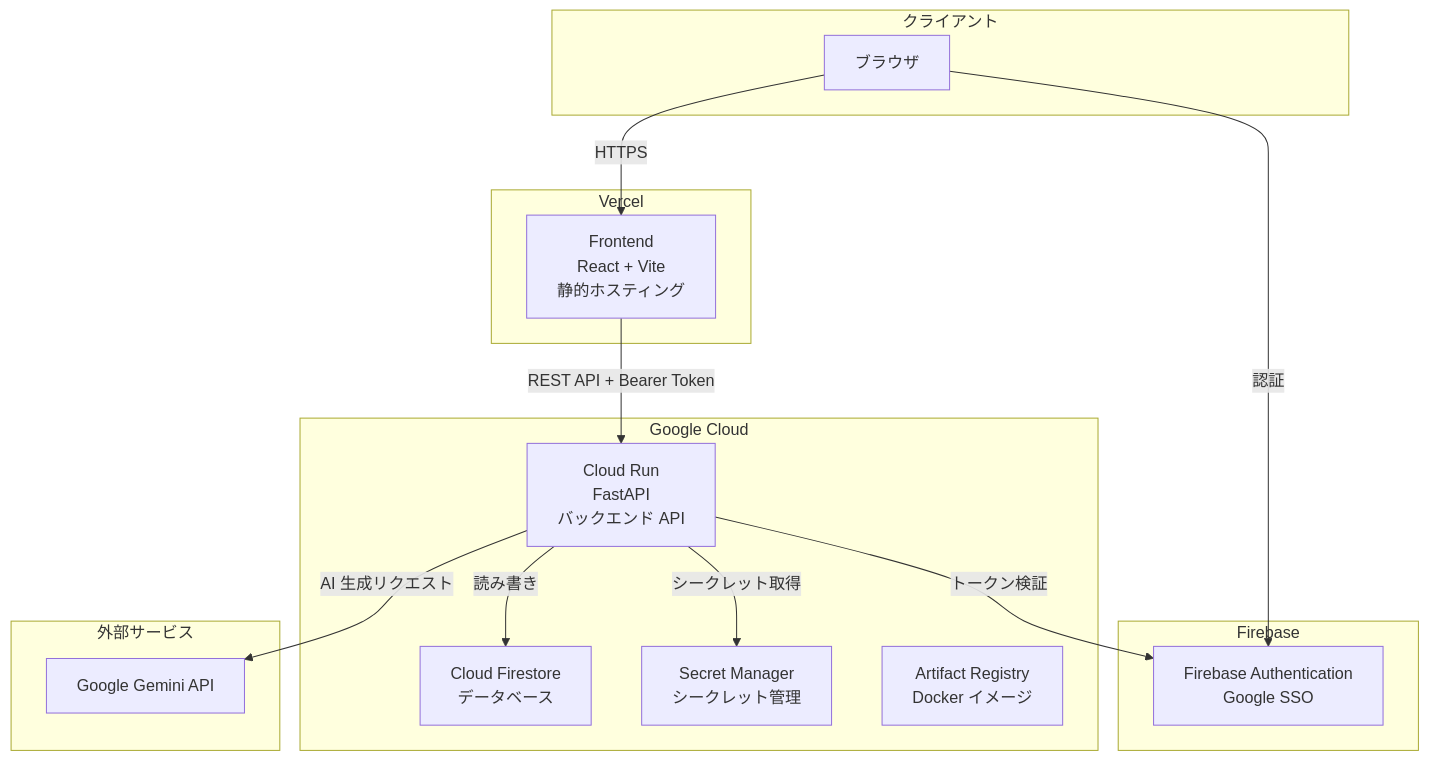
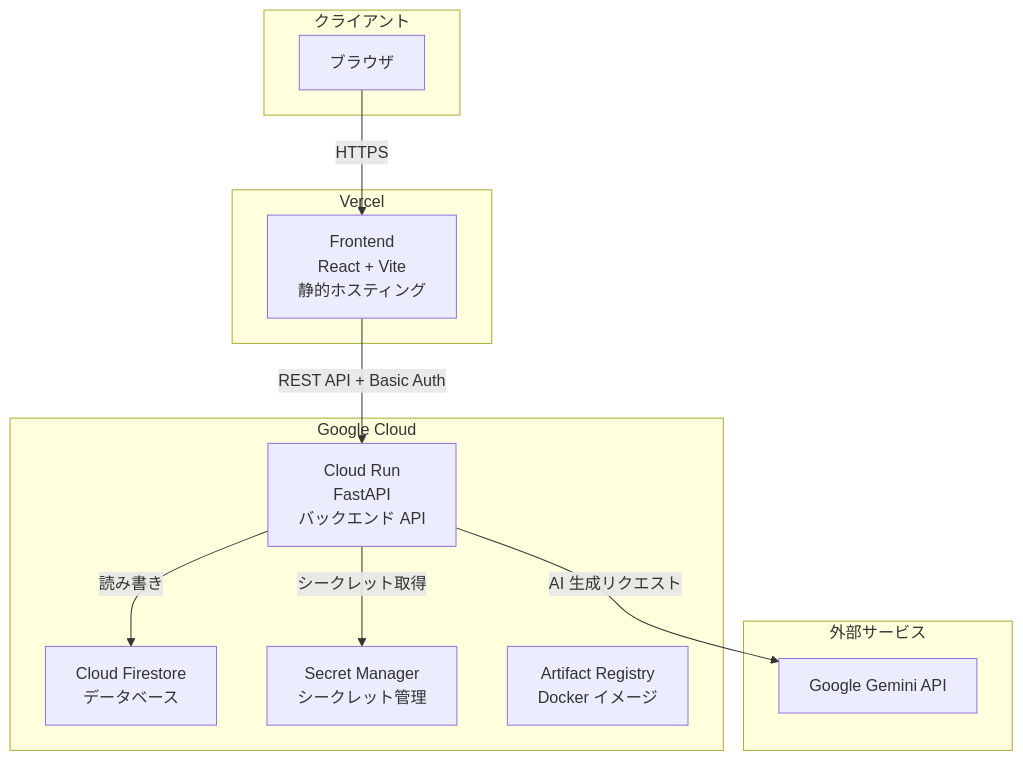
One commit to matsuda-tkm/debug-master changed the first of 5 diagrams in docs-new/architecture.md. Above: the diagram before and after it, drawn with Mermaid. The commit also changed other lines of this file and 6 other files, not shown here.

Commit message:
docs: Update architecture, security, and migration documentation to reflect the transition from Firebase Authentication to Basic Authentication with user and admin roles, and remove references to the users collection in Firestore.

````diff
--- a/docs-new/architecture.md
+++ b/docs-new/architecture.md
@@ -24,33 +24,27 @@
 ```mermaid
 graph TB
     subgraph client [クライアント]
         Browser["ブラウザ"]
     end
 
     subgraph vercel [Vercel]
         Frontend["Frontend<br>React + Vite<br>静的ホスティング"]
     end
 
     subgraph gcp [Google Cloud]
         CloudRun["Cloud Run<br>FastAPI<br>バックエンド API"]
         Firestore["Cloud Firestore<br>データベース"]
         SecretMgr["Secret Manager<br>シークレット管理"]
         ArtifactReg["Artifact Registry<br>Docker イメージ"]
     end
 
-    subgraph firebase [Firebase]
-        FireAuth["Firebase Authentication<br>Google SSO"]
-    end
-
     subgraph external [外部サービス]
         Gemini["Google Gemini API"]
     end
 
     Browser -->|HTTPS| Frontend
-    Frontend -->|REST API + Bearer Token| CloudRun
-    Browser -->|認証| FireAuth
-    CloudRun -->|トークン検証| FireAuth
+    Frontend -->|REST API + Basic Auth| CloudRun
     CloudRun -->|読み書き| Firestore
     CloudRun -->|シークレット取得| SecretMgr
     CloudRun -->|AI 生成リクエスト| Gemini
 ```
````
